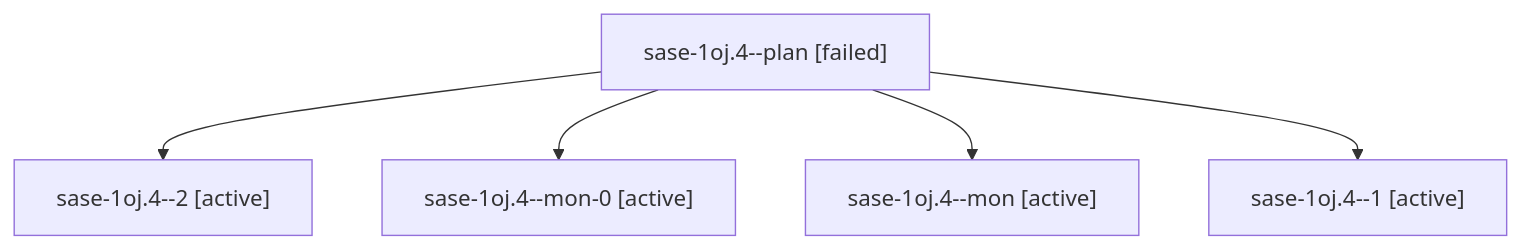
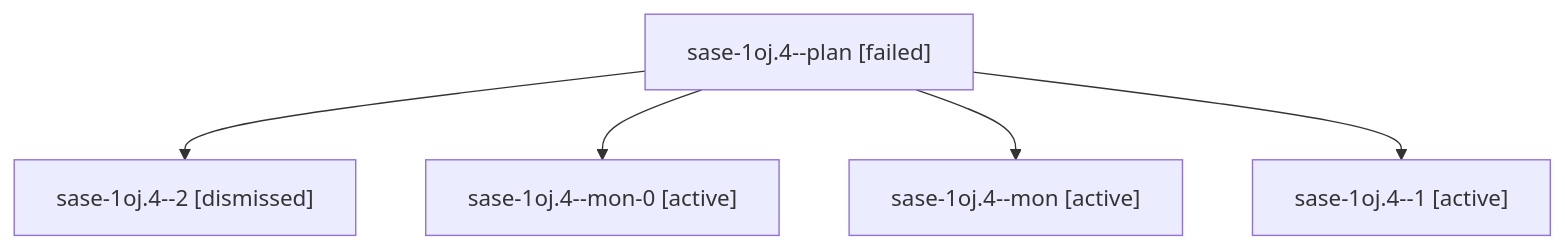
Before and after one commit to sase-org/sase--agents: the diagram in sessions/bbugyi200.apollo.sase-1oj.4.md, drawn with Mermaid. The commit also changed other lines of this file and 141 other files, not shown here.

````diff
--- a/sessions/bbugyi200.apollo.sase-1oj.4.md
+++ b/sessions/bbugyi200.apollo.sase-1oj.4.md
@@ -9,12 +9,12 @@
 ```mermaid
 flowchart TD
   n0["sase-1oj.4--plan [failed]"]
-  n1["sase-1oj.4--2 [active]"]
+  n1["sase-1oj.4--2 [dismissed]"]
   n0 --> n1
   n2["sase-1oj.4--mon-0 [active]"]
   n0 --> n2
   n3["sase-1oj.4--mon [active]"]
   n0 --> n3
   n4["sase-1oj.4--1 [active]"]
   n0 --> n4
 ```
````
